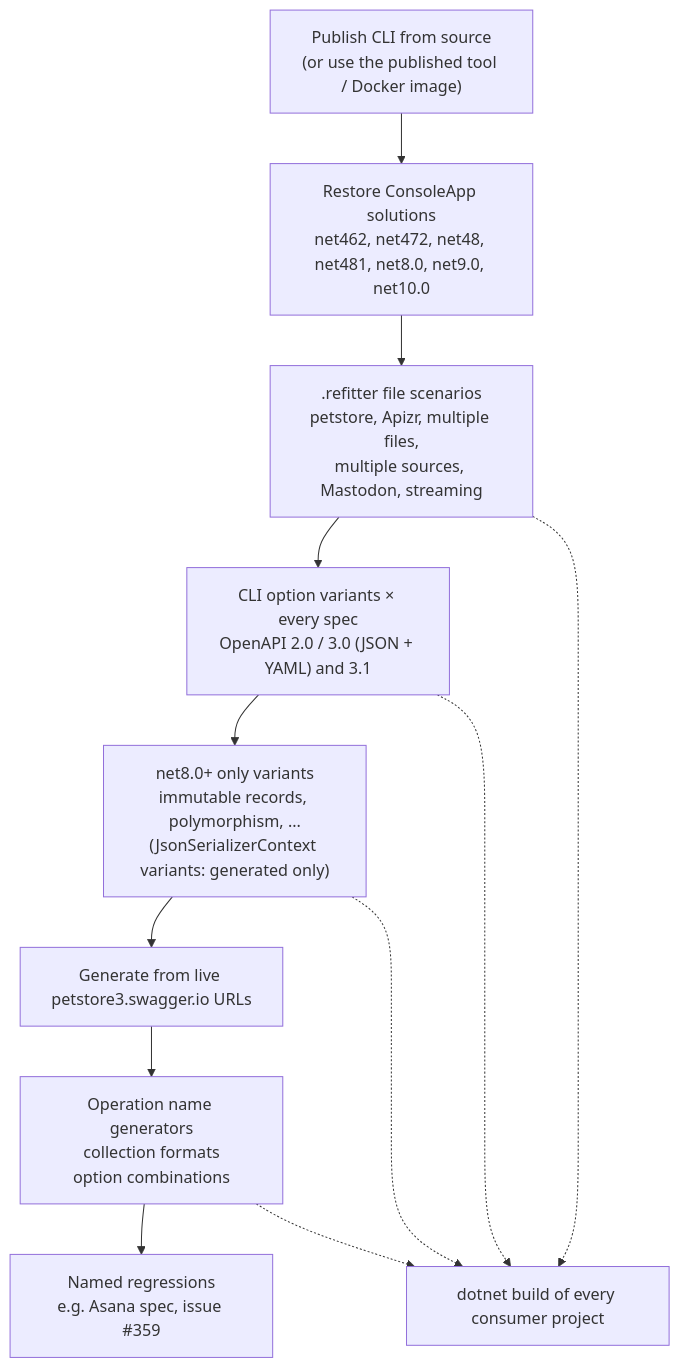
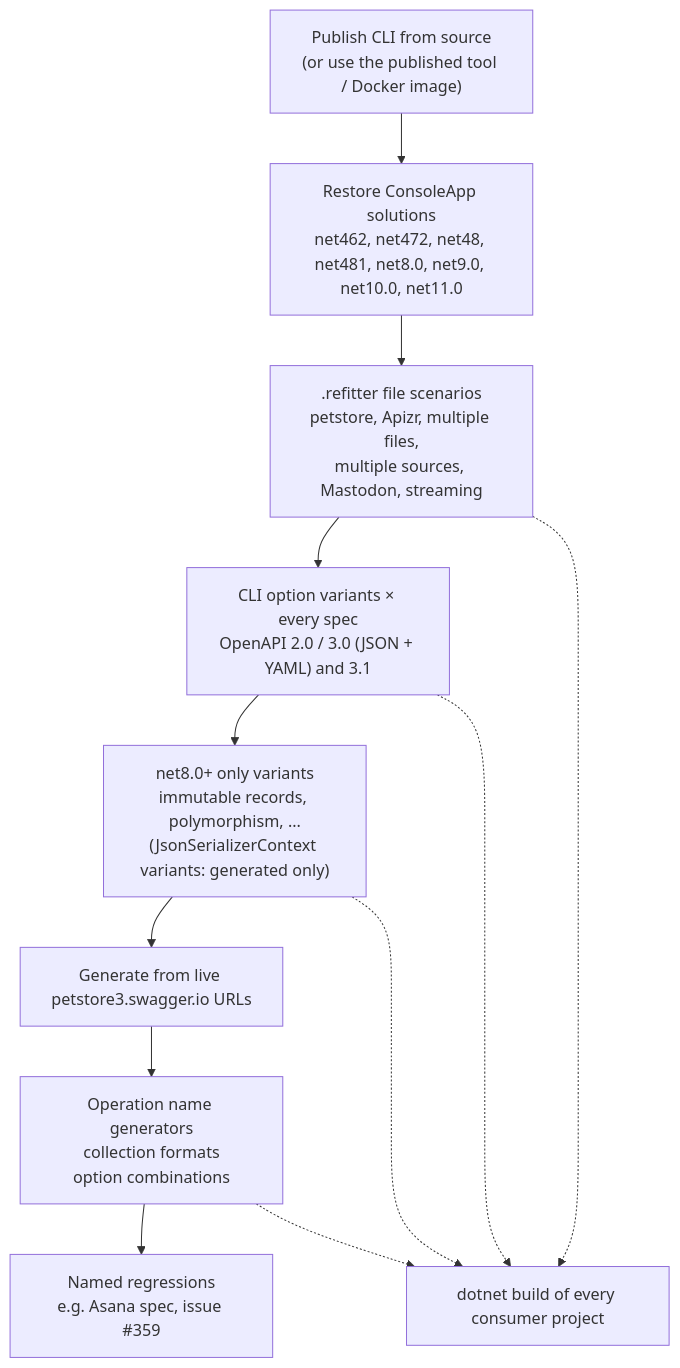
One commit to christianhelle/refitter changed the fifth of 7 diagrams in docs/docfx_project/articles/technical/testing.md. Above: the diagram before and after it, drawn with Mermaid. The commit also changed other lines of this file and 4 other files, not shown here.

````diff
--- a/docs/docfx_project/articles/technical/testing.md
+++ b/docs/docfx_project/articles/technical/testing.md
@@ -207,15 +207,15 @@
 ```mermaid
 flowchart TD
-    P0["Publish CLI from source<br/>(or use the published tool / Docker image)"] --> P1["Restore ConsoleApp solutions<br/>net462, net472, net48, net481, net8.0, net9.0, net10.0"]
+    P0["Publish CLI from source<br/>(or use the published tool / Docker image)"] --> P1["Restore ConsoleApp solutions<br/>net462, net472, net48, net481, net8.0, net9.0, net10.0, net11.0"]
     P1 --> P2[".refitter file scenarios<br/>petstore, Apizr, multiple files,<br/>multiple sources, Mastodon, streaming"]
     P2 --> P3["CLI option variants × every spec<br/>OpenAPI 2.0 / 3.0 (JSON + YAML) and 3.1"]
     P3 --> P5["net8.0+ only variants<br/>immutable records, polymorphism, ...<br/>(JsonSerializerContext variants: generated only)"]
     P5 --> P7["Generate from live petstore3.swagger.io URLs"]
     P7 --> P8["Operation name generators<br/>collection formats<br/>option combinations"]
     P8 --> P11["Named regressions<br/>e.g. Asana spec, issue #359"]
 
     P2 -.-> BUILD["dotnet build of every consumer project"]
     P3 -.-> BUILD
     P5 -.-> BUILD
     P8 -.-> BUILD
 ```
````
